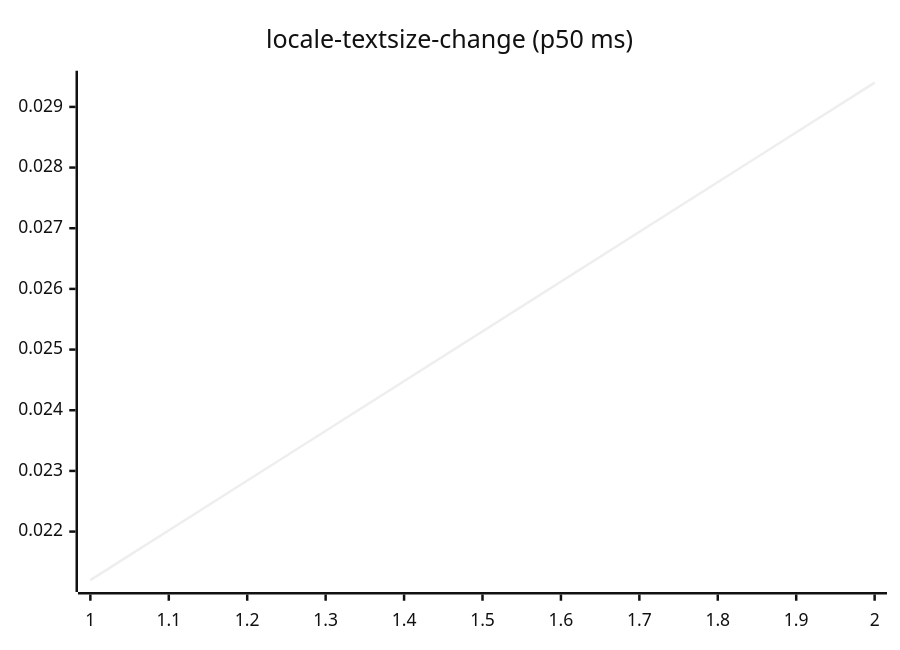
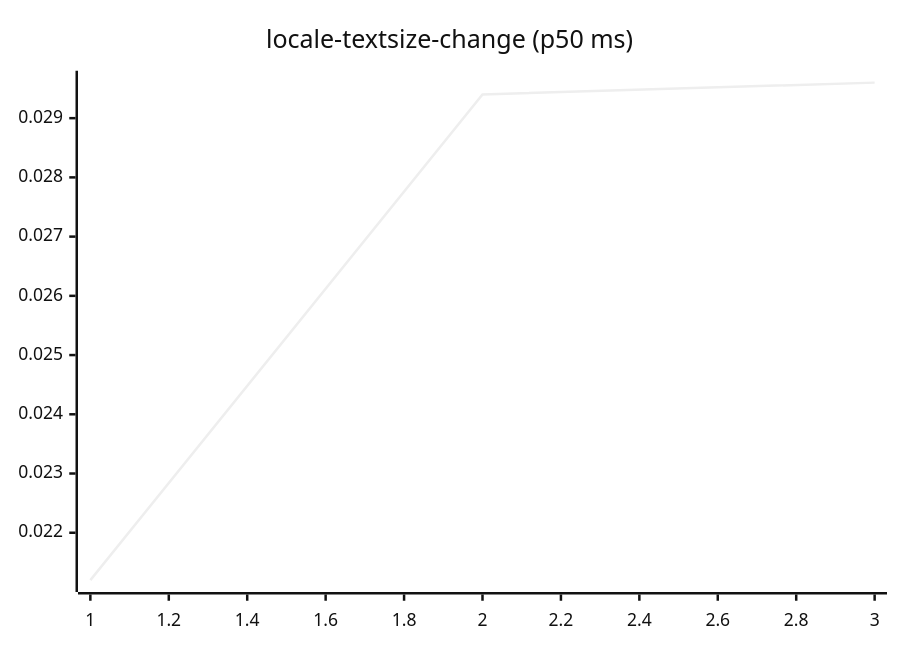
Before and after one commit to josha/Facet: diagram 13 of 27 in README.md, drawn with Mermaid (neutral theme). The commit also changed other lines of this file and 2 other files, not shown here.

````diff
--- a/README.md
+++ b/README.md
@@ -147,6 +147,6 @@
 ```mermaid
 xychart-beta
     title "locale-textsize-change (p50 ms)"
-    x-axis 1 --> 2
-    line [0.0212, 0.0294]
+    x-axis 1 --> 3
+    line [0.0212, 0.0294, 0.0296]
 ```
````
